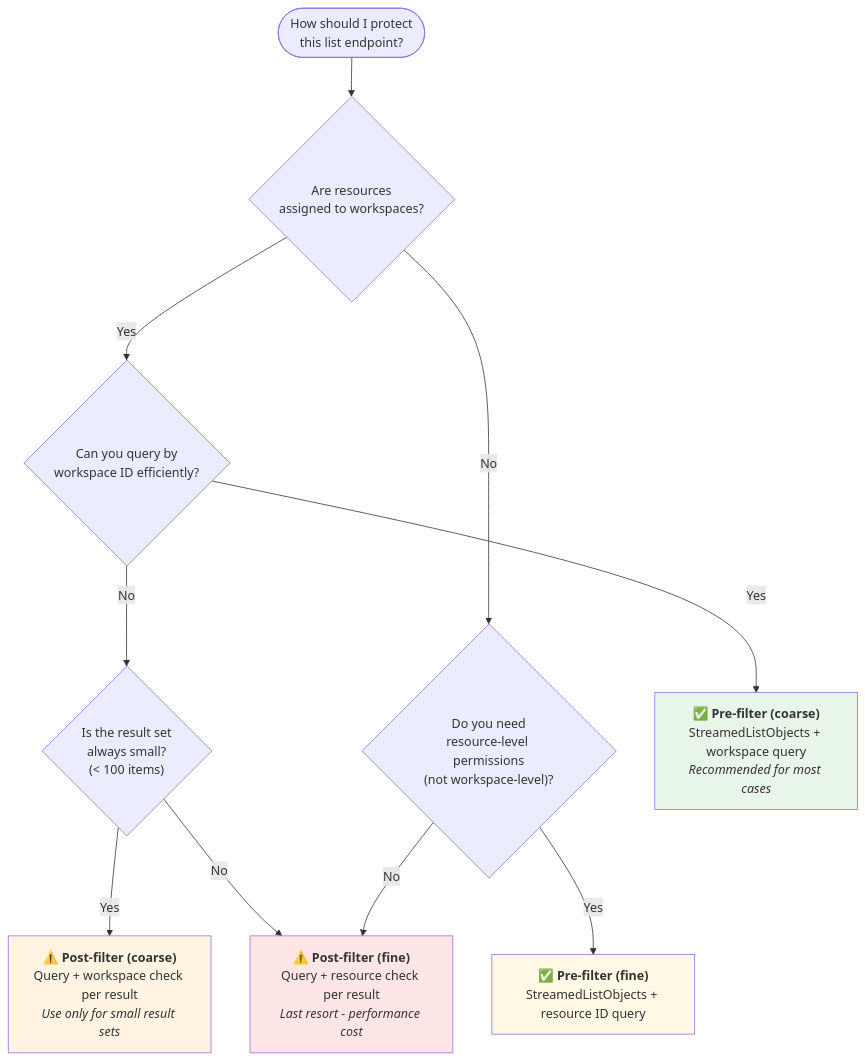
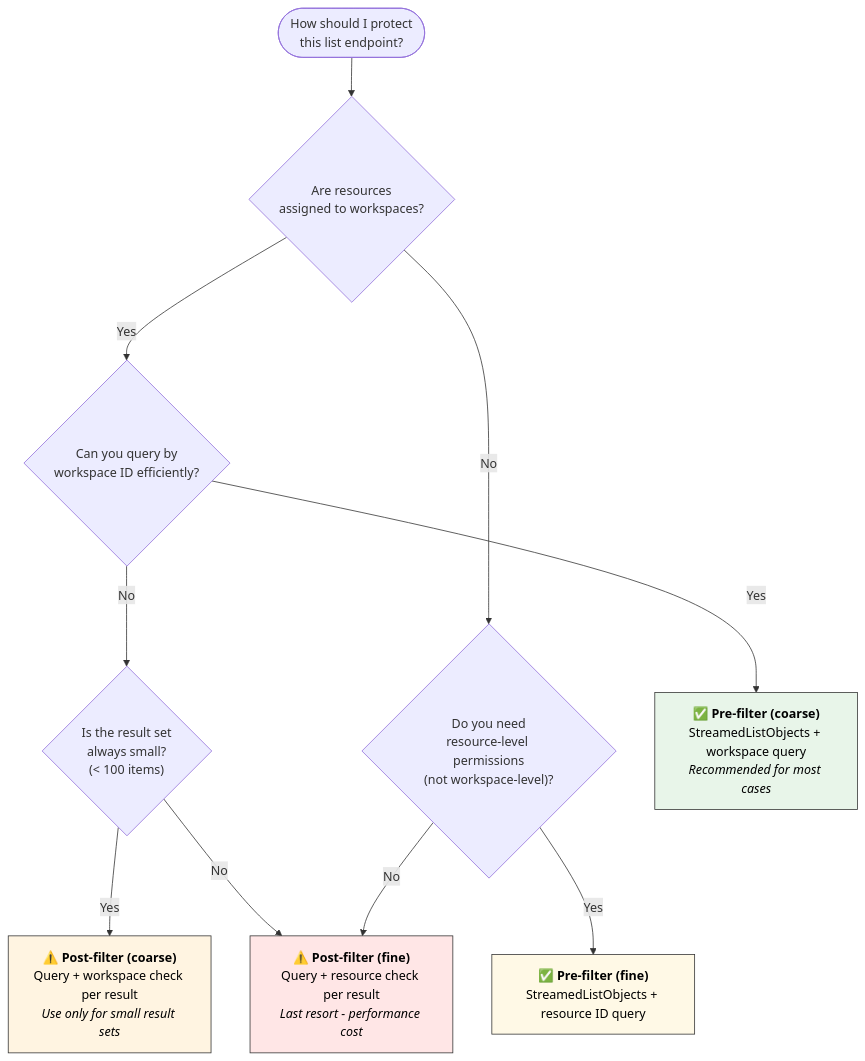
The second of 2 diagrams in src/content/docs/building-with-kessel/how-to/protect-list.mdx (project-kessel/docs), drawn with Mermaid before and after one commit. The commit also changed other lines of this file and 1 other file, not shown here.

Commit message:
Address PR review feedback
- Fix O(n²) performance bug in post-filter-bulk.py by using enumerate()
  instead of index() lookup inside loop
- Improve Mermaid diagram readability in dark mode by adding explicit
  black text color (color:#000) to all diagram nodes

````diff
--- a/src/content/docs/building-with-kessel/how-to/protect-list.mdx
+++ b/src/content/docs/building-with-kessel/how-to/protect-list.mdx
@@ -239,28 +239,28 @@
 ```mermaid
 flowchart TD
     START(["How should I protect<br/>this list endpoint?"])
     Q1{"Are resources<br/>assigned to workspaces?"}
     Q2{"Can you query by<br/>workspace ID efficiently?"}
     Q3{"Is the result set<br/>always small?<br/>(&lt; 100 items)"}
     Q4{"Do you need<br/>resource-level permissions<br/>(not workspace-level)?"}
 
     PRE_COARSE["✅ <strong>Pre-filter (coarse)</strong><br/>StreamedListObjects + workspace query<br/><em>Recommended for most cases</em>"]
     PRE_FINE["✅ <strong>Pre-filter (fine)</strong><br/>StreamedListObjects + resource ID query"]
     POST_COARSE["⚠️ <strong>Post-filter (coarse)</strong><br/>Query + workspace check per result<br/><em>Use only for small result sets</em>"]
     POST_FINE["⚠️ <strong>Post-filter (fine)</strong><br/>Query + resource check per result<br/><em>Last resort - performance cost</em>"]
 
     START --> Q1
     Q1 -- "Yes" --> Q2
     Q1 -- "No" --> Q4
     Q2 -- "Yes" --> PRE_COARSE
     Q2 -- "No" --> Q3
     Q3 -- "Yes" --> POST_COARSE
     Q3 -- "No" --> POST_FINE
     Q4 -- "Yes" --> PRE_FINE
     Q4 -- "No" --> POST_FINE
 
-    style PRE_COARSE fill:#e8f5e9
-    style PRE_FINE fill:#fff9e6
-    style POST_COARSE fill:#fff4e1
-    style POST_FINE fill:#ffe6e6
+    style PRE_COARSE fill:#e8f5e9,stroke:#333,color:#000
+    style PRE_FINE fill:#fff9e6,stroke:#333,color:#000
+    style POST_COARSE fill:#fff4e1,stroke:#333,color:#000
+    style POST_FINE fill:#ffe6e6,stroke:#333,color:#000
 ```
````
